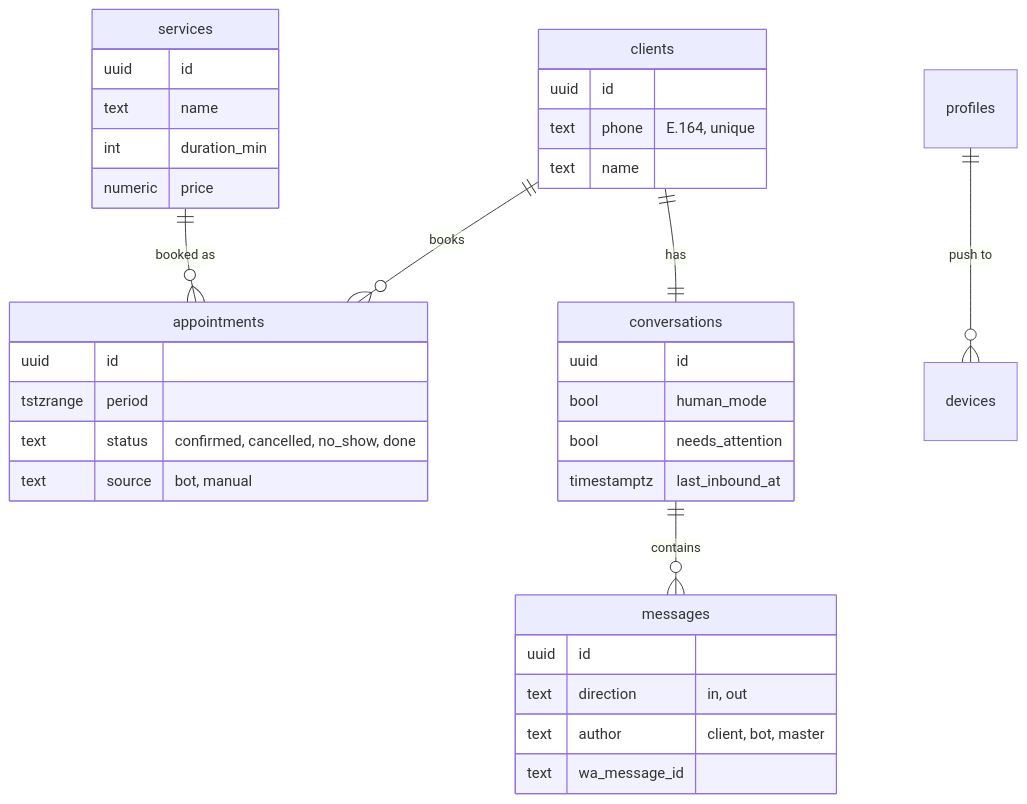
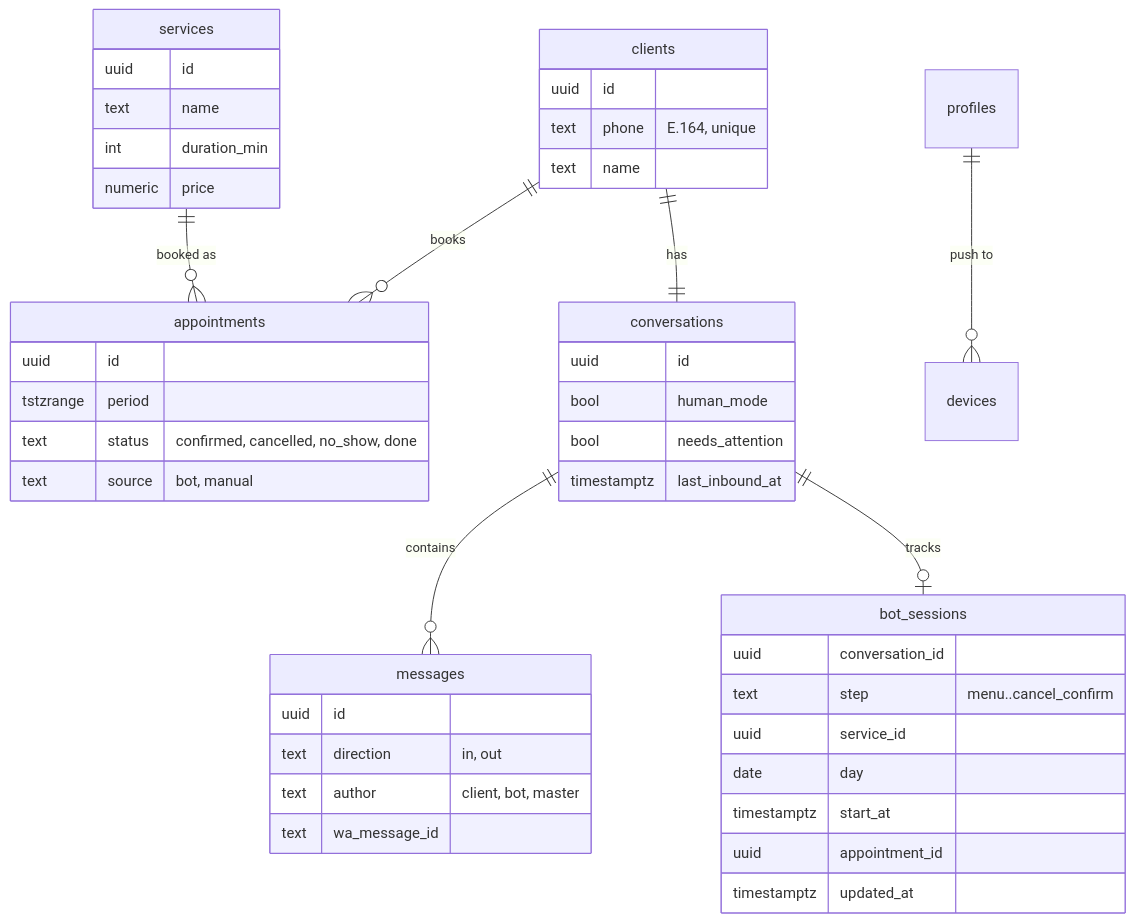
One commit to nurbolatdev/massage-desk changed the diagram in docs/data-model.md. Above: the diagram before and after it, drawn with Mermaid. The commit also changed other lines of this file and 2 other files, not shown here.

Commit message:
docs: bot state and button replies

````diff
--- a/docs/data-model.md
+++ b/docs/data-model.md
@@ -22,37 +22,47 @@
 ```mermaid
 erDiagram
   clients ||--o{ appointments : books
   services ||--o{ appointments : "booked as"
   clients ||--|| conversations : has
   conversations ||--o{ messages : contains
+  conversations ||--o| bot_sessions : tracks
   profiles ||--o{ devices : "push to"
   clients {
     uuid id
     text phone "E.164, unique"
     text name
   }
   services {
     uuid id
     text name
     int duration_min
     numeric price
   }
   appointments {
     uuid id
     tstzrange period
     text status "confirmed, cancelled, no_show, done"
     text source "bot, manual"
   }
   conversations {
     uuid id
     bool human_mode
     bool needs_attention
     timestamptz last_inbound_at
   }
   messages {
     uuid id
     text direction "in, out"
     text author "client, bot, master"
     text wa_message_id
   }
+  bot_sessions {
+    uuid conversation_id
+    text step "menu..cancel_confirm"
+    uuid service_id
+    date day
+    timestamptz start_at
+    uuid appointment_id
+    timestamptz updated_at
+  }
 ```
````
